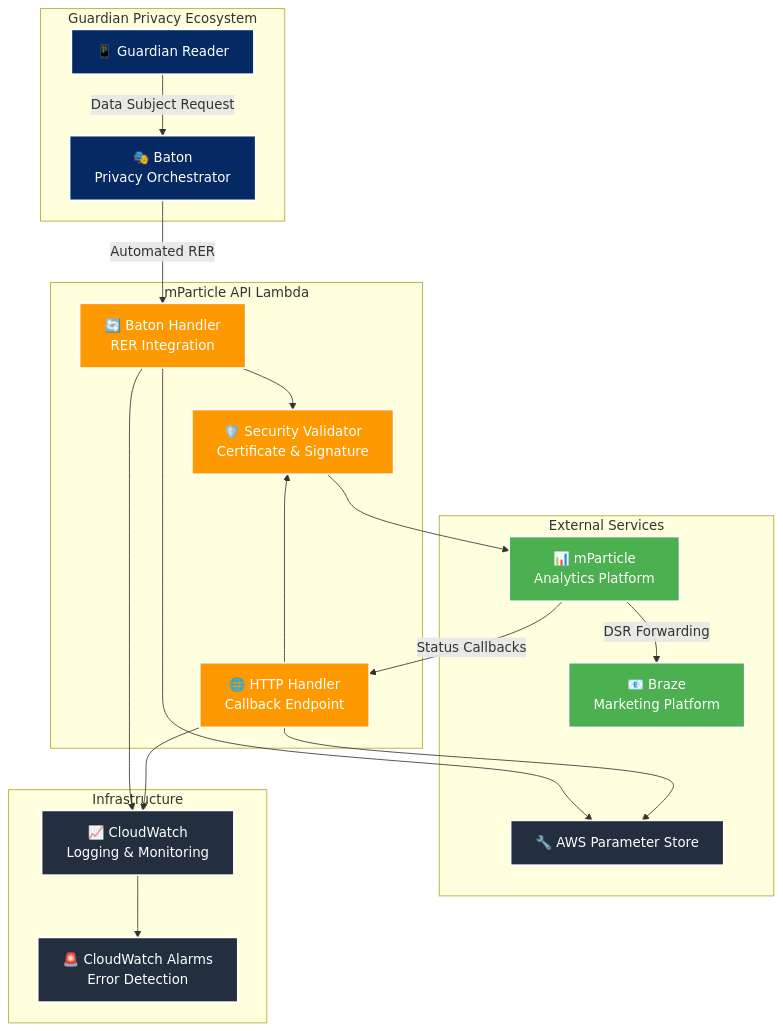
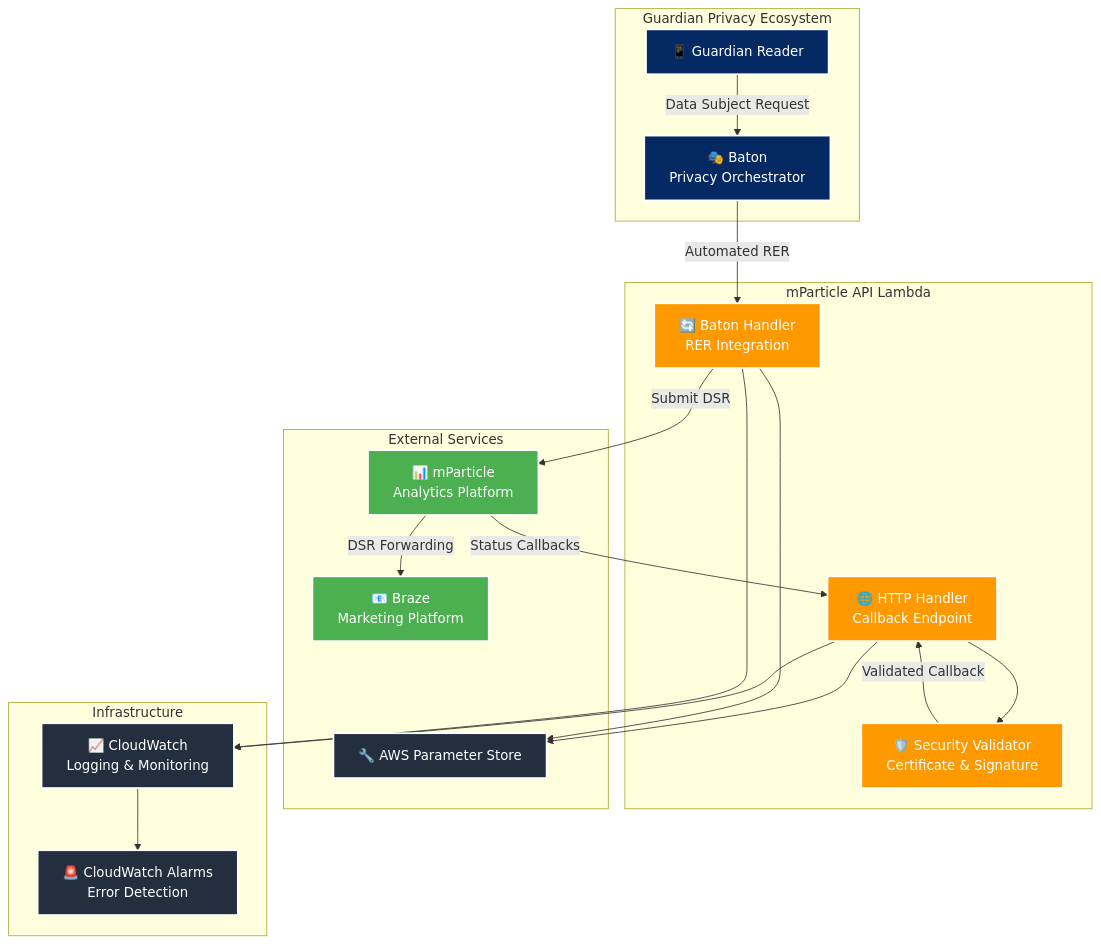
Before and after one commit to guardian/support-service-lambdas: the first of 2 diagrams in handlers/mparticle-api/docs/architecture.md, drawn with Mermaid. The commit also changed other lines of this file, not shown here.

Commit message:
fix: update architecture diagram and sequence for DSR processing clarity

````diff
--- a/handlers/mparticle-api/docs/architecture.md
+++ b/handlers/mparticle-api/docs/architecture.md
@@ -5,56 +5,56 @@
 ```mermaid
 graph TB
     subgraph "Guardian Privacy Ecosystem"
         BATON[🎭 Baton<br/>Privacy Orchestrator]
         READER[📱 Guardian Reader]
     end
     
     subgraph "mParticle API Lambda"
         HTTP[🌐 HTTP Handler<br/>Callback Endpoint]
         BATON_H[🔄 Baton Handler<br/>RER Integration]
         VALIDATOR[🛡️ Security Validator<br/>Certificate & Signature]
     end
     
     subgraph "External Services"
         MPARTICLE[📊 mParticle<br/>Analytics Platform]
         BRAZE[📧 Braze<br/>Marketing Platform]
         PARAMS[🔧 AWS Parameter Store]
     end
     
     subgraph "Infrastructure"
         CW[📈 CloudWatch<br/>Logging & Monitoring]
         ALARMS[🚨 CloudWatch Alarms<br/>Error Detection]
     end
 
     %% Request Flows
     READER -->|Data Subject Request| BATON
     BATON -->|Automated RER| BATON_H
     
     %% Processing
-    BATON_H --> VALIDATOR
-    VALIDATOR --> MPARTICLE
+    BATON_H -->|Submit DSR| MPARTICLE
     
     %% Data Flow
     MPARTICLE -->|Status Callbacks| HTTP
     HTTP --> VALIDATOR
+    VALIDATOR -->|Validated Callback| HTTP
     MPARTICLE -->|DSR Forwarding| BRAZE
     
     %% Configuration
     HTTP --> PARAMS
     BATON_H --> PARAMS
     
     %% Monitoring
     HTTP --> CW
     BATON_H --> CW
     CW --> ALARMS
 
     classDef guardian fill:#052962,stroke:#ffffff,stroke-width:2px,color:#ffffff
     classDef lambda fill:#ff9900,stroke:#ffffff,stroke-width:2px,color:#ffffff
     classDef external fill:#4CAF50,stroke:#ffffff,stroke-width:2px,color:#ffffff
     classDef aws fill:#232F3E,stroke:#ffffff,stroke-width:2px,color:#ffffff
     
     class BATON,READER guardian
     class HTTP,BATON_H,VALIDATOR lambda
     class MPARTICLE,BRAZE external
     class PARAMS,CW,ALARMS aws
 ```
````
